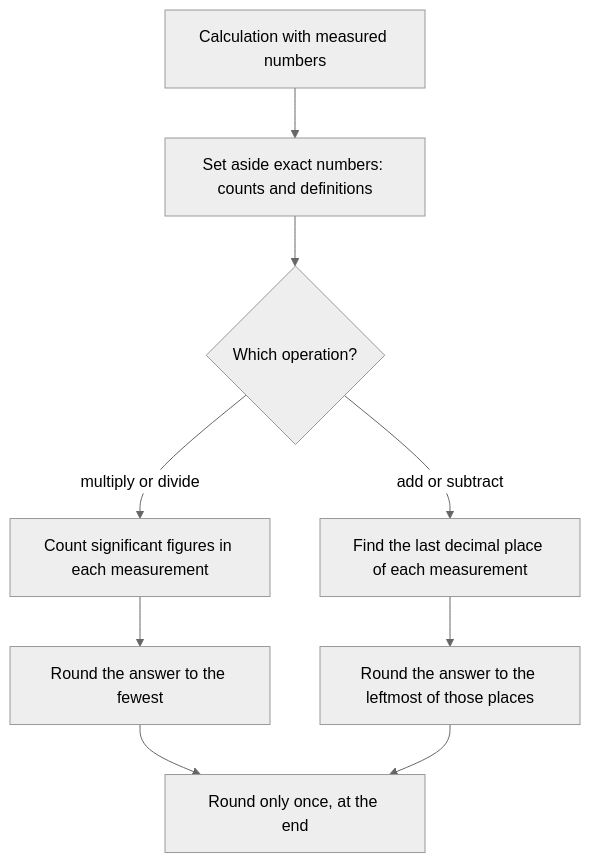
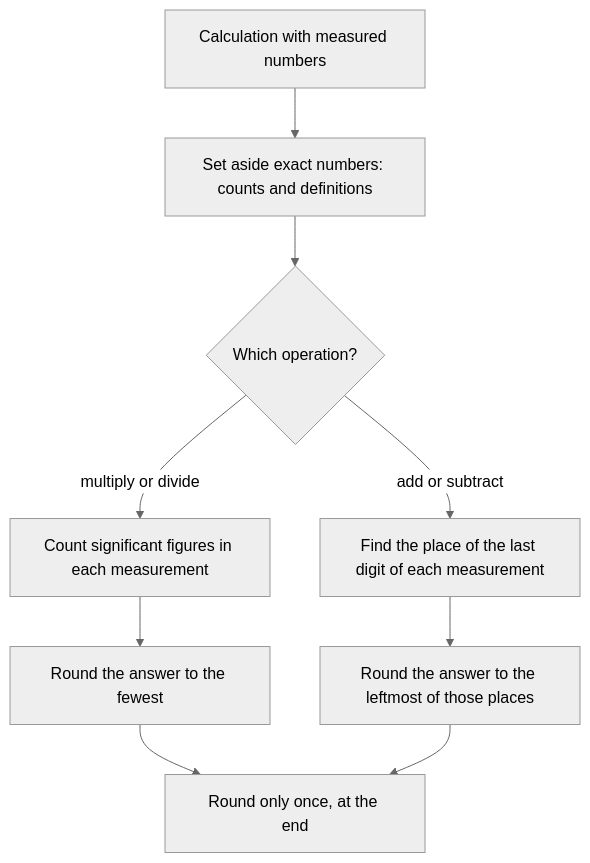
The diagram in content/math/prealgebra/lessons/22h2-sig-figs.md (Aziliz/erudior), drawn with Mermaid (neutral theme) before and after one commit. The commit also changed 34 other files, not shown here.

````diff
--- a/content/math/prealgebra/lessons/22h2-sig-figs.md
+++ b/content/math/prealgebra/lessons/22h2-sig-figs.md
@@ -78,13 +78,13 @@
 ```mermaid
 flowchart TD
   accTitle: Rounding a calculation with measured numbers
-  accDescr: First set aside exact numbers such as counts and defined conversions. Then ask which operation is used. For multiplying or dividing, count the significant figures in each measurement and round the answer to the fewest. For adding or subtracting, find the last decimal place of each measurement and round the answer to the leftmost of those places. In both cases, round only once, at the end.
+  accDescr: First set aside exact numbers such as counts and defined conversions. Then ask which operation is used. For multiplying or dividing, count the significant figures in each measurement and round the answer to the fewest. For adding or subtracting, find the place of the last digit of each measurement and round the answer to the leftmost of those places. In both cases, round only once, at the end.
   A["Calculation with measured numbers"] --> B["Set aside exact numbers: counts and definitions"]
   B --> C{"Which operation?"}
   C -- "multiply or divide" --> D["Count significant figures in each measurement"]
   D --> E["Round the answer to the fewest"]
-  C -- "add or subtract" --> F["Find the last decimal place of each measurement"]
+  C -- "add or subtract" --> F["Find the place of the last digit of each measurement"]
   F --> G["Round the answer to the leftmost of those places"]
   E --> H["Round only once, at the end"]
   G --> H
 ```
````
